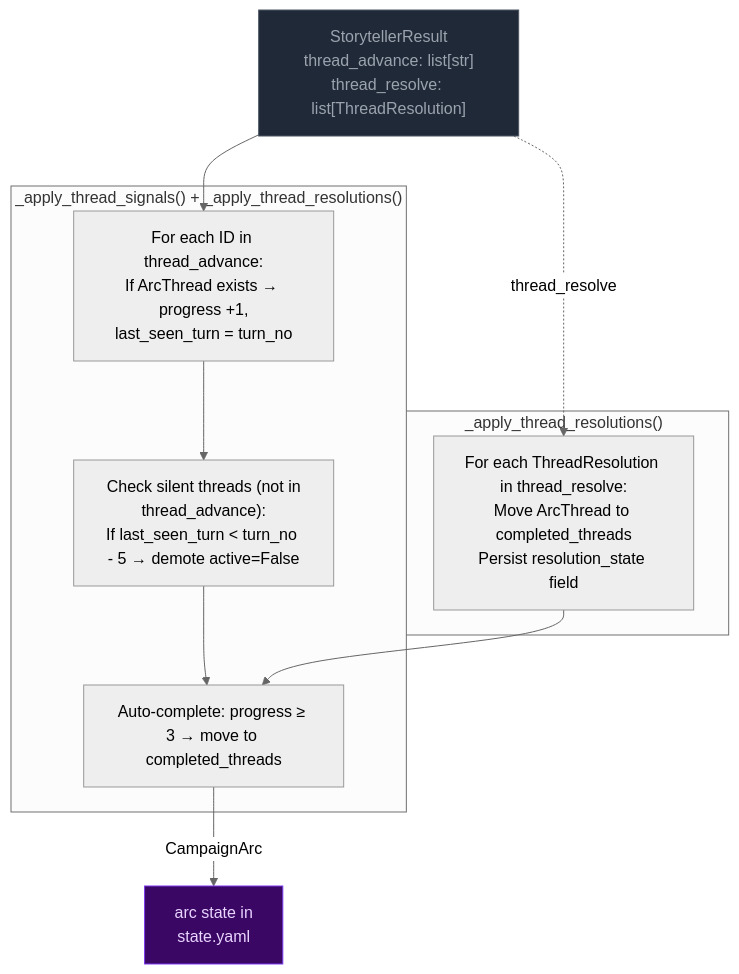
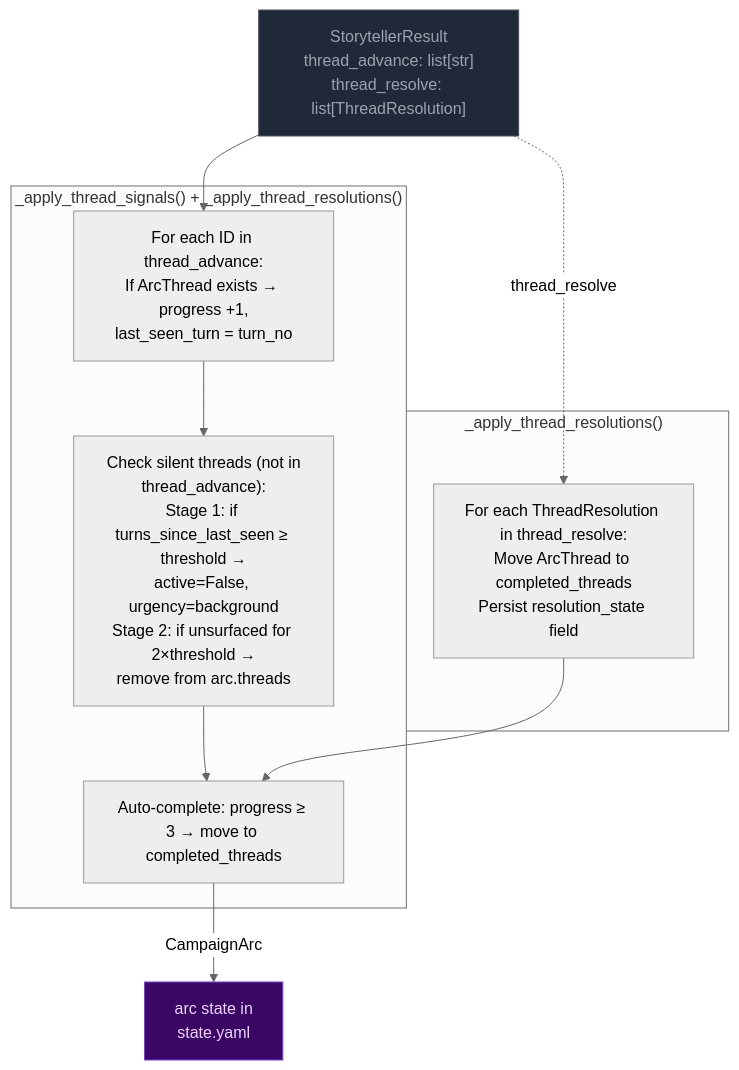
One commit to pww217/fablethread changed the first of 4 diagrams in docs/architecture/campaign-arcs.md. Above: the diagram before and after it, drawn with Mermaid (neutral theme). The commit also changed other lines of this file and 8 other files, not shown here.

First line of the commit message:
Phase 5: Documentation cleanup — update all architecture docs to match Phase 0–4 production state

````diff
--- a/docs/architecture/campaign-arcs.md
+++ b/docs/architecture/campaign-arcs.md
@@ -40,22 +42,22 @@
 ```mermaid
 flowchart TD
     classDef pyNode fill:#1f2937,color:#9ca3af,stroke:#4b5563
     classDef arcNode fill:#3b0764,color:#e9d5ff,stroke:#7c3aed
 
     PR["StorytellerResult<br>thread_advance: list[str]<br>thread_resolve: list[ThreadResolution]"]:::pyNode
 
     subgraph SIGNALS["_apply_thread_signals() + _apply_thread_resolutions()"]
         S1["For each ID in thread_advance:<br>If ArcThread exists → progress +1,<br>last_seen_turn = turn_no"]
-        S2["Check silent threads (not in<br>thread_advance):<br>If last_seen_turn < turn_no - 5 → demote active=False"]
+        S2["Check silent threads (not in<br>thread_advance):<br>Stage 1: if turns_since_last_seen ≥ threshold →<br>active=False, urgency=background<br>Stage 2: if unsurfaced for 2×threshold →<br>remove from arc.threads"]
         S3["Auto-complete: progress ≥ 3 → move to completed_threads"]
     end
 
     subgraph RESOLVE["_apply_thread_resolutions()"]
         R1["For each ThreadResolution in thread_resolve:<br>Move ArcThread to completed_threads<br>Persist resolution_state field"]
     end
 
     PR --> S1 --> S2 --> S3
     PR -. "thread_resolve" .-> R1 --> S3
 
     S3 -- "CampaignArc" --> ARC[arc state in<br>state.yaml]:::arcNode
 ```
````
